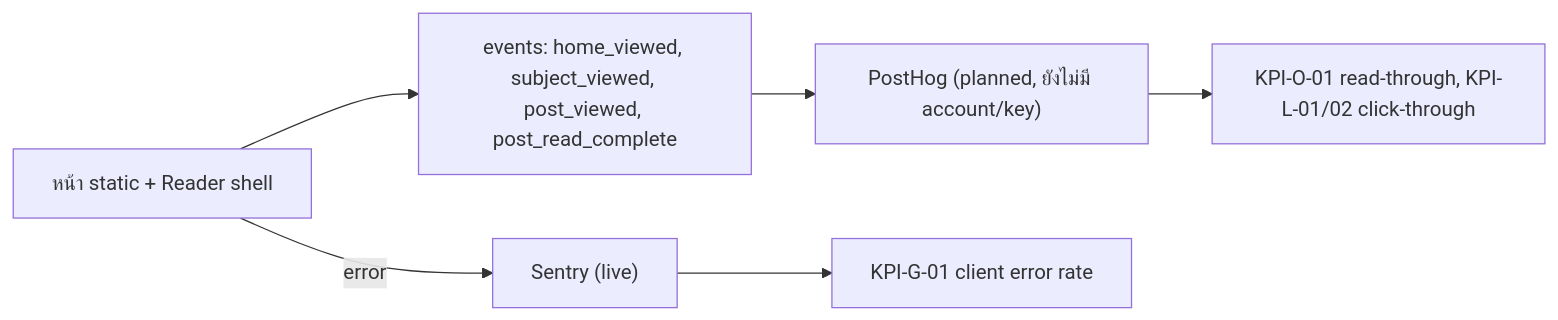
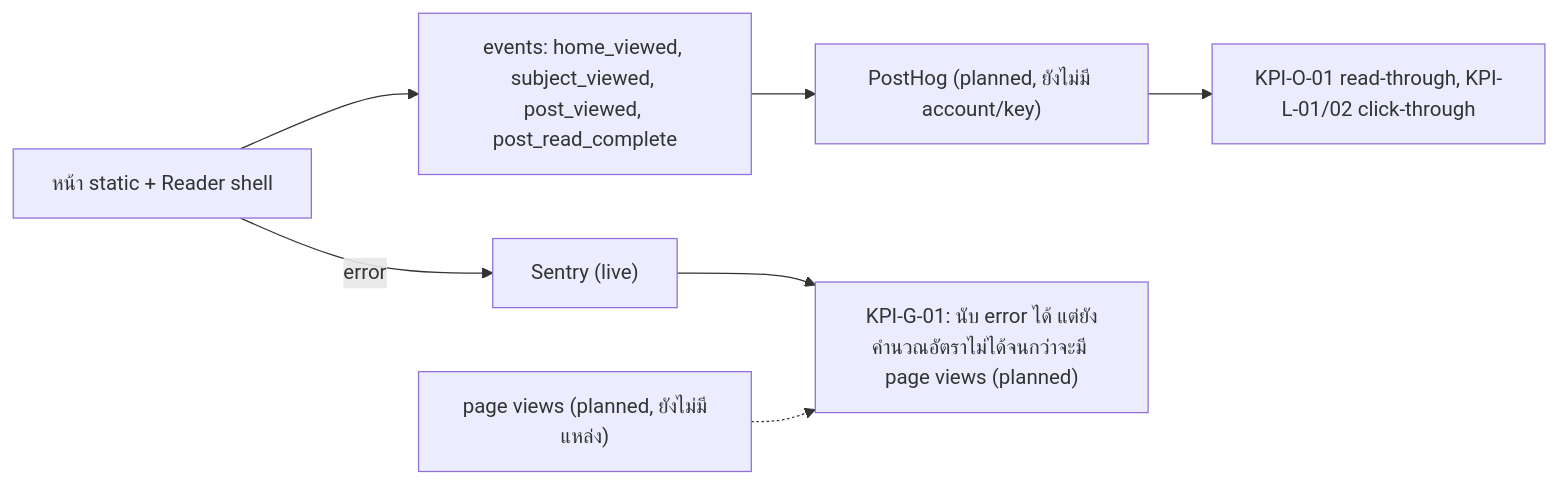
One commit to bookchaowalit-website/content-artblog-web changed the second of 2 diagrams in docs/diagrams/01-business-process.md. Above: the diagram before and after it, drawn with Mermaid. The commit also changed other lines of this file, not shown here.

````diff
--- a/docs/diagrams/01-business-process.md
+++ b/docs/diagrams/01-business-process.md
@@ -38,8 +39,9 @@
 ```mermaid
 flowchart LR
   SITE["หน้า static + Reader shell"] --> EVT["events: home_viewed, subject_viewed, post_viewed, post_read_complete"]
   EVT --> PH["PostHog (planned, ยังไม่มี account/key)"]
   PH --> KPI["KPI-O-01 read-through, KPI-L-01/02 click-through"]
   SITE -->|error| SENTRY["Sentry (live)"]
-  SENTRY --> G["KPI-G-01 client error rate"]
+  SENTRY --> G["KPI-G-01: นับ error ได้ แต่ยังคำนวณอัตราไม่ได้จนกว่าจะมี page views (planned)"]
+  PV["page views (planned, ยังไม่มีแหล่ง)"] -.-> G
 ```
````
